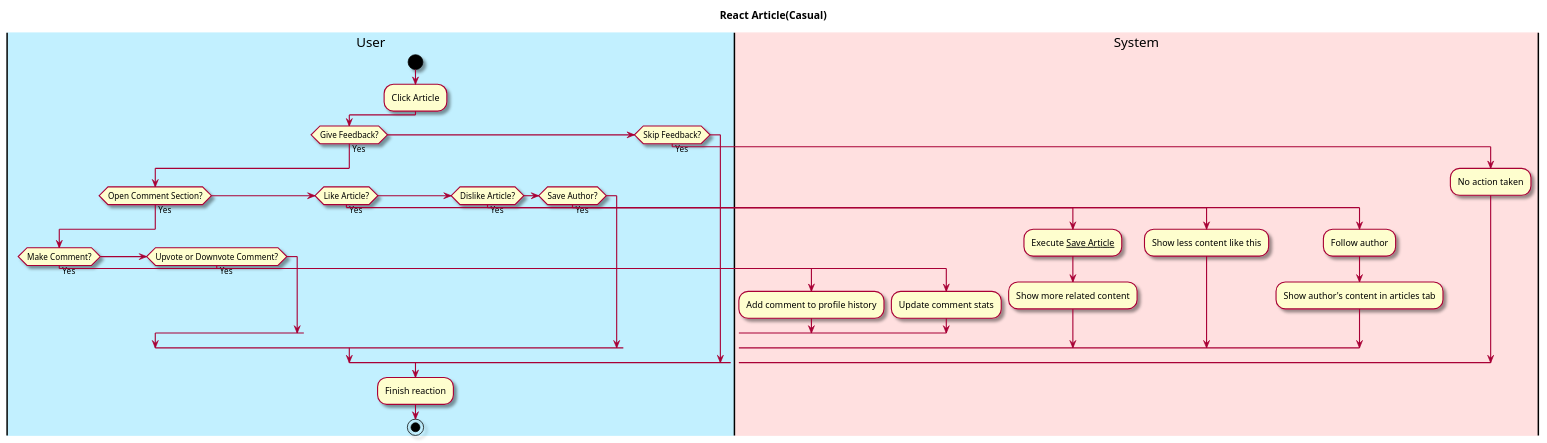
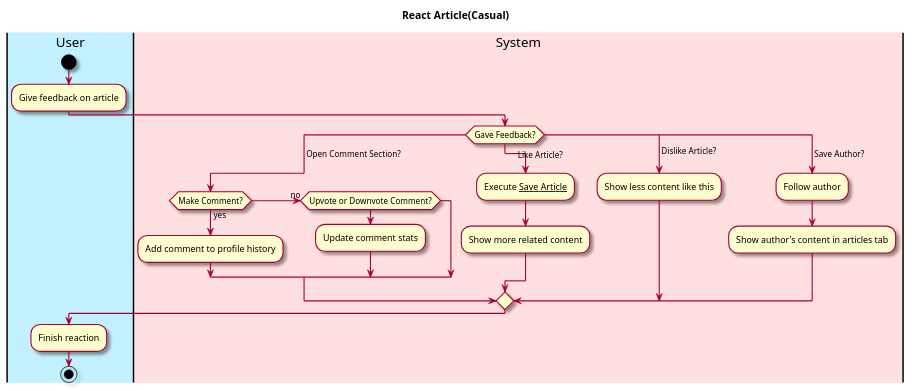
Before and after one commit to owhitleym-ui/EcoScoop: the diagram in intellij/doc/Functional Specification/react-article.md, drawn with PlantUML. The commit also changed other lines of this file and 4 other files, not shown here.

Commit message:
Cleaned up PlantUML diagrams.

````diff
--- a/intellij/doc/Functional Specification/react-article.md
+++ b/intellij/doc/Functional Specification/react-article.md
@@ -27,49 +27,45 @@
 ```plantuml
 @startuml
 
 skin rose
 
 title React Article(Casual)
 
 'define the lanes
 |#application|User|
 |#implementation|System|
 
 |User|
 start
-:Click Article;
+:Give feedback on article;
 
-if (Give Feedback?) then (Yes)
+|System|
+switch (Gave Feedback?)
 
-    if (Open Comment Section?) then (Yes)
-        if (Make Comment?) then (Yes)
+    case ( Open Comment Section?)
+        if (Make Comment?) then (yes)
             |System|
             :Add comment to profile history;
-        elseif (Upvote or Downvote Comment?) then (Yes)
+        (no)elseif (Upvote or Downvote Comment?)
             |System|
             :Update comment stats;
         endif
-    elseif (Like Article?) then (Yes)
+    case (      Like Article?)
         |System|
         :Execute __Save Article__;
         :Show more related content;
-    elseif (Dislike Article?) then (Yes)
-        |System|
+    case ( Dislike Article?)
         :Show less content like this;
-    elseif (Save Author?) then (Yes)
+    case ( Save Author?) 
         |System|
         :Follow author;
         :Show author's content in articles tab;
-    endif
+endswitch
 
-elseif (Skip Feedback?) then (Yes)
-    |System|
-    :No action taken;
-endif
 
 |User|
 :Finish reaction;
 
 stop
 @enduml
 ```
````
